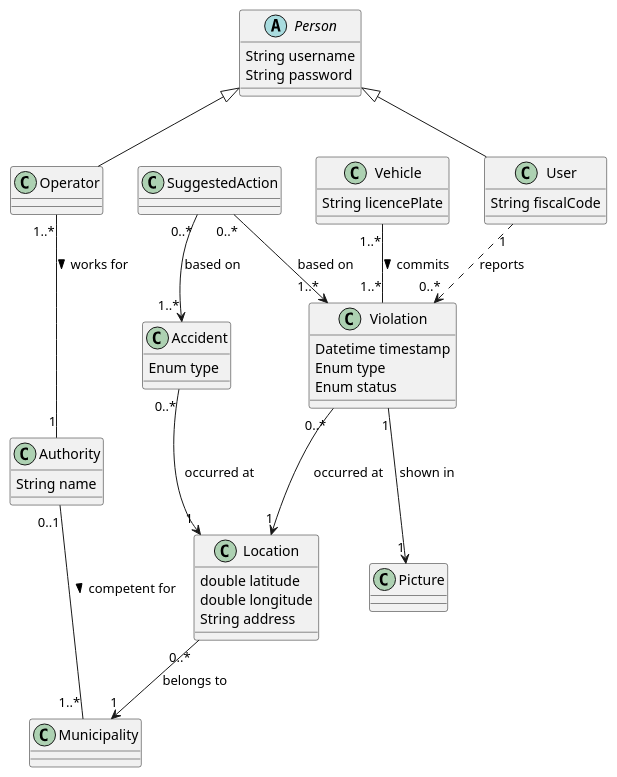
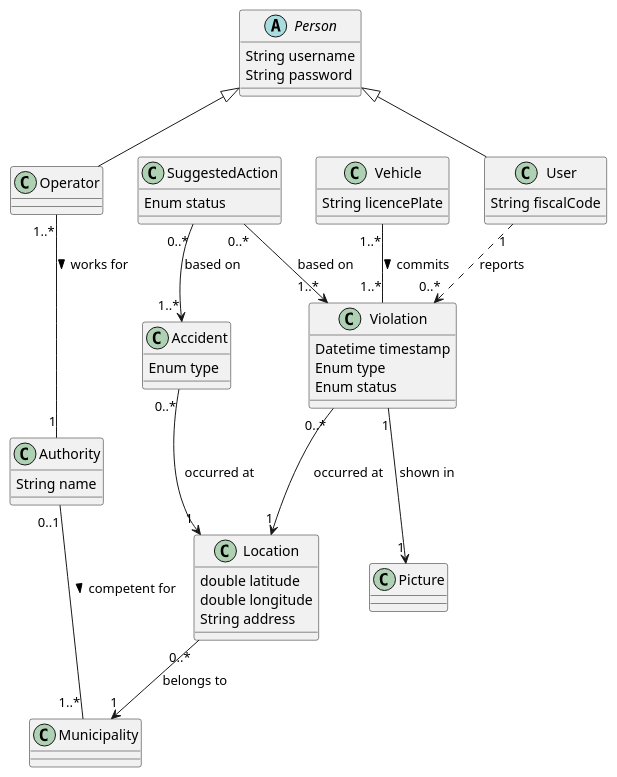
One commit to fuljo/FulginiDiCesare-SE2 changed the diagram in diagrams/rasd_class_diagram.wsd. Above: the diagram before and after it, drawn with PlantUML. The commit also changed 1 other file, not shown here.

```diff
--- a/diagrams/rasd_class_diagram.wsd
+++ b/diagrams/rasd_class_diagram.wsd
@@ -1,63 +1,65 @@
 @startuml rasd_class_diagram
 
 abstract class Person {
     String username
     String password
 }
 
 class User {
     String fiscalCode
 }
 
 User "1" ..> "0..*" Violation : reports
 
 class Operator
 
 Operator "1..*" -- "1" Authority : works for >
 
 class Authority {
     String name
 }
 
 Authority "0..1" -- "1..*" Municipality : competent for >
 
 Person <|-- User
 Person <|-- Operator
 
 class Vehicle {
     String licencePlate
 }
 
 Vehicle "1..*" -- "1..*" Violation : commits > 
 
 class Violation {
     Datetime timestamp
     Enum type
     Enum status
 }
 
 Violation "0..*" --> "1" Location : occurred at
 Violation "1" --> "1" Picture : shown in
 
 class Location {
     double latitude
     double longitude
     String address
 }
 
 Location "0..*" --> "1" Municipality : belongs to
 
 class Municipality
 
 class Accident {
     Enum type
 }
 
 Accident "0..*" --> "1" Location : occurred at
 
-class SuggestedAction
+class SuggestedAction{
+    Enum status
+}
 
 SuggestedAction "0..*" --> "1..*" Violation : based on
 SuggestedAction "0..*" --> "1..*" Accident : based on
 
 @enduml
```
